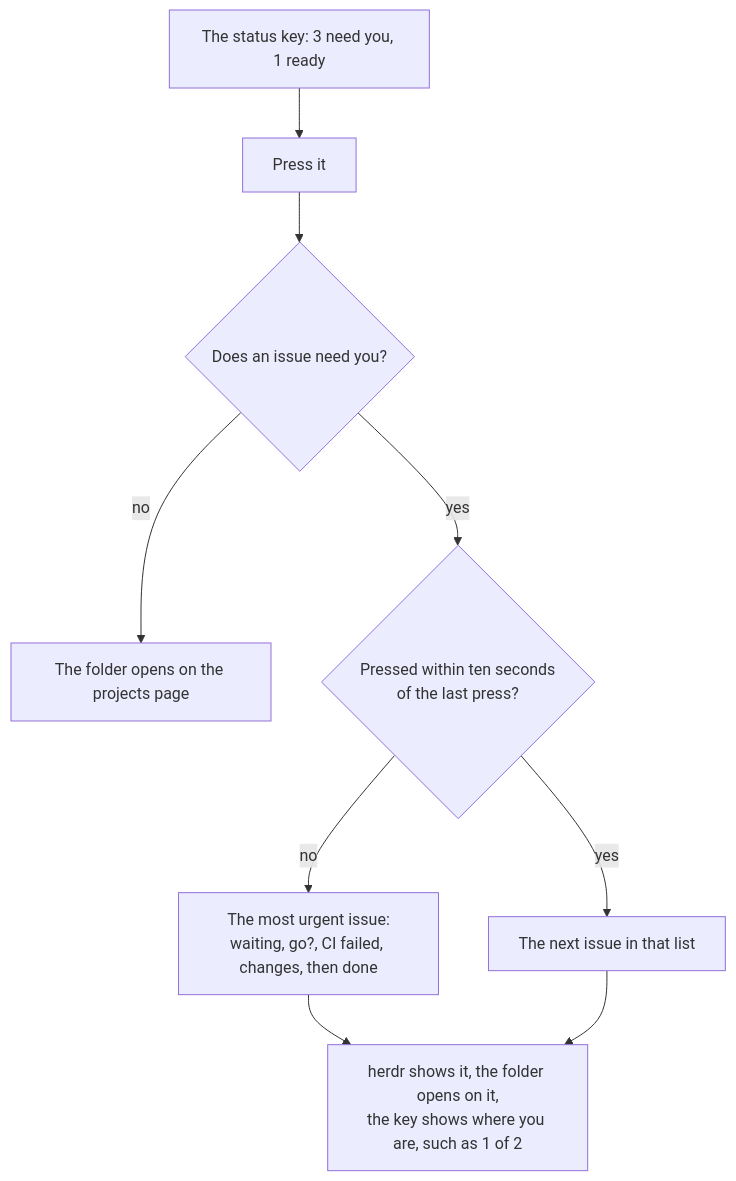
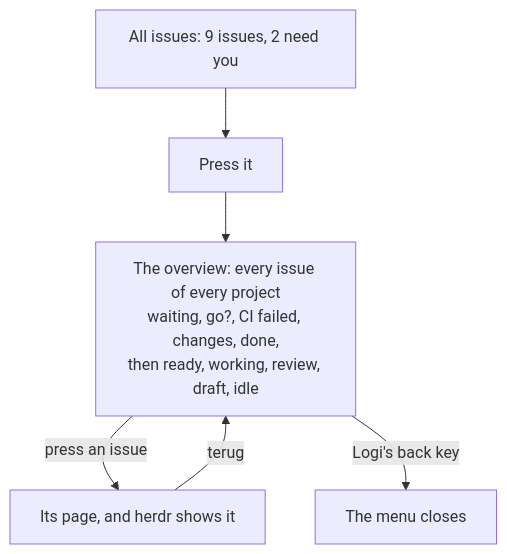
Before and after one commit to PieterLuypaert/helm: the sixth of 7 diagrams in docs/flows.md, drawn with Mermaid. The commit also changed other lines of this file and 5 other files, not shown here.

Commit message:
docs: show the All issues key and its overview

````diff
--- a/docs/flows.md
+++ b/docs/flows.md
@@ -162,11 +164,8 @@
 ```mermaid
 flowchart TD
-    look["The status key: 3 need you, 1 ready"] --> press["Press it"]
-    press --> any{"Does an issue need you?"}
-    any -->|no| projects["The folder opens on the projects page"]
-    any -->|yes| within{"Pressed within ten seconds<br/>of the last press?"}
-    within -->|no| first["The most urgent issue:<br/>waiting, go?, CI failed, changes, then done"]
-    within -->|yes| next["The next issue in that list"]
-    first --> show["herdr shows it, the folder opens on it,<br/>the key shows where you are, such as 1 of 2"]
-    next --> show
+    look["All issues: 9 issues, 2 need you"] --> press["Press it"]
+    press --> overview["The overview: every issue of every project<br/>waiting, go?, CI failed, changes, done,<br/>then ready, working, review, draft, idle"]
+    overview -->|"press an issue"| issue["Its page, and herdr shows it"]
+    issue -->|"terug"| overview
+    overview -->|"Logi's back key"| closed["The menu closes"]
 ```
````
